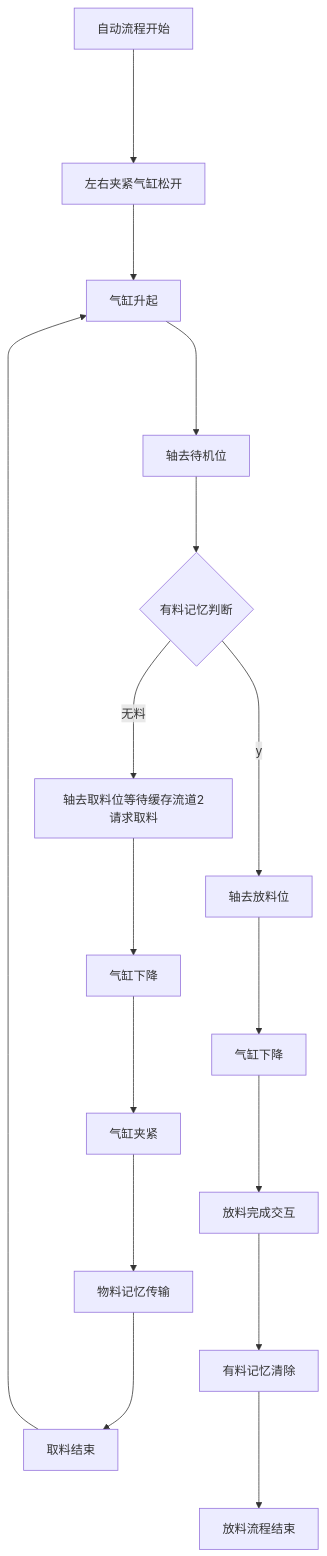
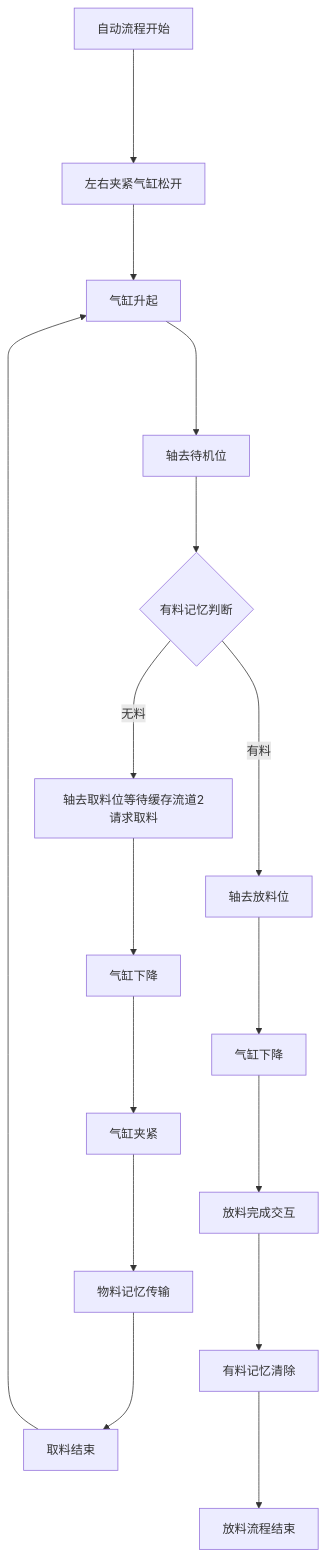
The diagram in all/OP70工位7下料搬运.md (zmq000/iodraw-files), drawn with Mermaid before and after one commit.

Commit message:
2026-06-17 18:36:12 update

````diff
--- a/all/OP70工位7下料搬运.md
+++ b/all/OP70工位7下料搬运.md
@@ -1,23 +1,23 @@
 ```mermaid
 graph TD
 自动流程开始---->10
 10[左右夹紧气缸松开]--->20
 20[气缸升起]---->30
 30[轴去待机位]--->40
 40{有料记忆判断}--->|无料|100
-40---->|y|200
+40---->|有料|200
 100[轴去取料位等待缓存流道2请求取料]--->110
 110[气缸下降]--->120
 120[气缸夹紧]--->130
 130[物料记忆传输]--->140
 140[取料结束]---->20
 200[轴去放料位]--->210
 210[气缸下降]--->220
 220[放料完成交互]--->230
 230[有料记忆清除]--->240
 240[放料流程结束]
 
 
 
   
 ```
````
